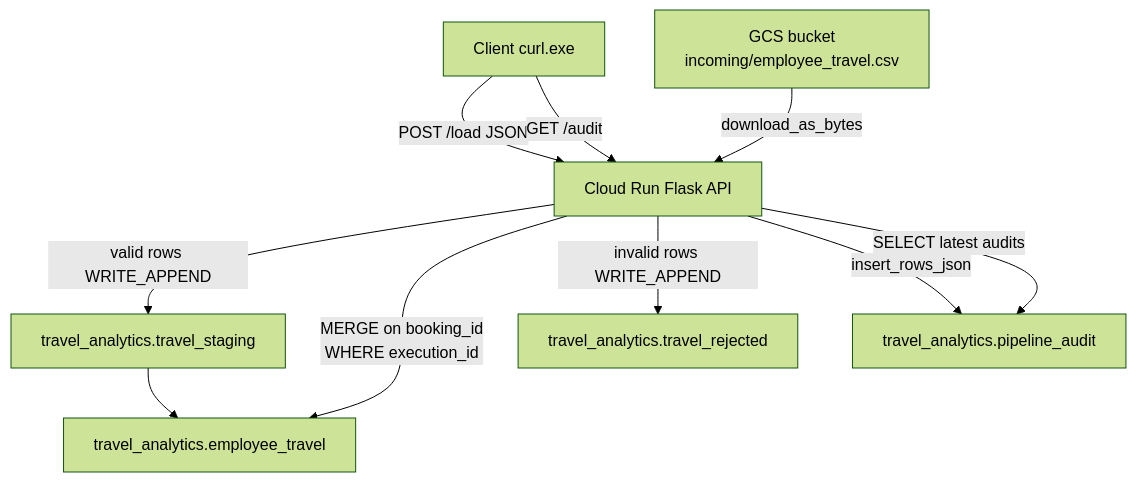
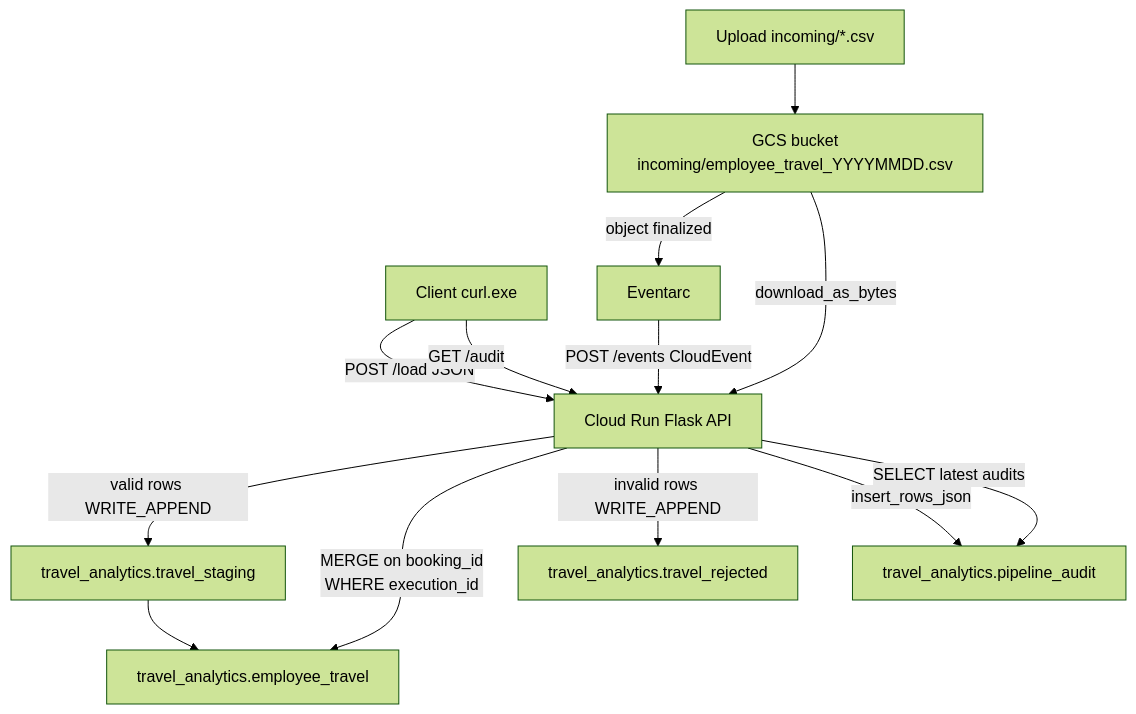
Before and after one commit to saidhuljohny2/gcp-travel-data-ingestion: the third of 4 diagrams in docs/architecture.md, drawn with Mermaid (forest theme). The commit also changed other lines of this file and 10 other files, not shown here.

````diff
--- a/docs/architecture.md
+++ b/docs/architecture.md
@@ -57,12 +57,15 @@
 ```mermaid
 flowchart TB
   Client["Client curl.exe"] -->|POST /load JSON| API["Cloud Run Flask API"]
-  GCS["GCS bucket<br/>incoming/employee_travel.csv"] -->|download_as_bytes| API
+  Drop["Upload incoming/*.csv"] --> GCS
+  GCS -->|object finalized| EA["Eventarc"]
+  EA -->|POST /events CloudEvent| API
+  GCS["GCS bucket<br/>incoming/employee_travel_YYYYMMDD.csv"] -->|download_as_bytes| API
   API -->|valid rows WRITE_APPEND| ST["travel_analytics.travel_staging"]
   API -->|MERGE on booking_id<br/>WHERE execution_id| FIN["travel_analytics.employee_travel"]
   ST --> FIN
   API -->|invalid rows WRITE_APPEND| REJ["travel_analytics.travel_rejected"]
   API -->|insert_rows_json| AUD["travel_analytics.pipeline_audit"]
   Client -->|GET /audit| API
   API -->|SELECT latest audits| AUD
 ```
````
